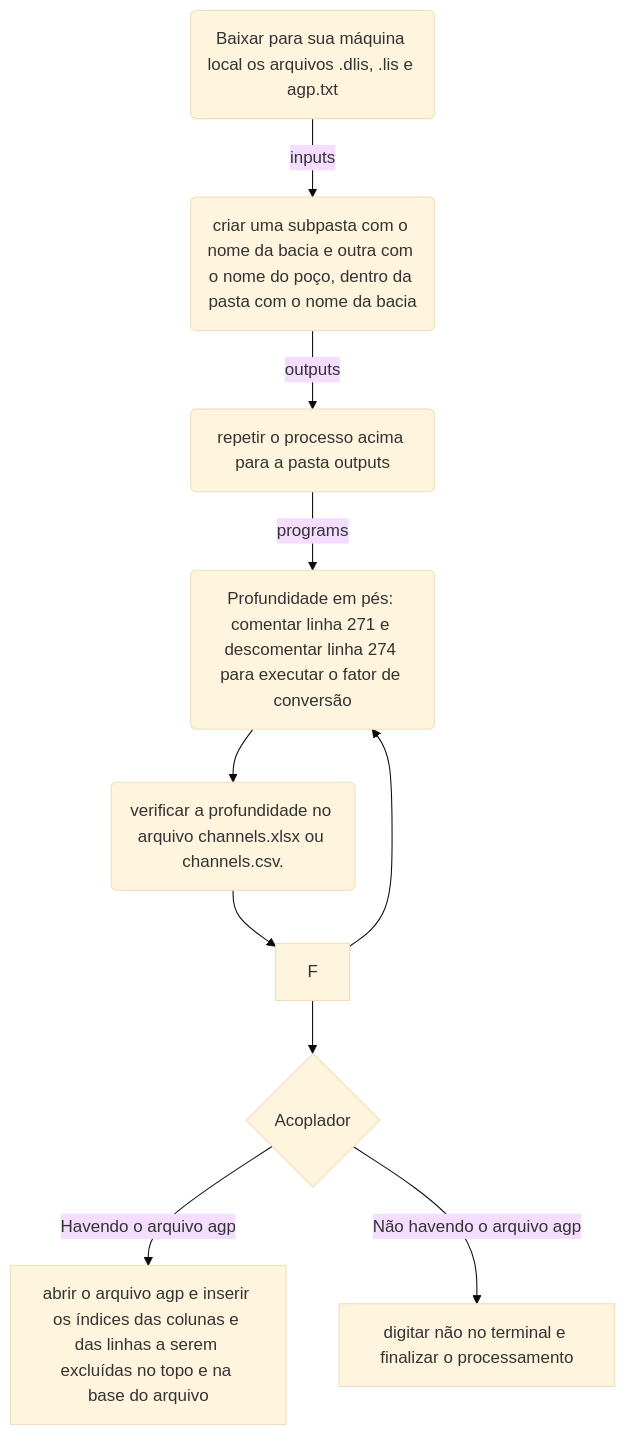
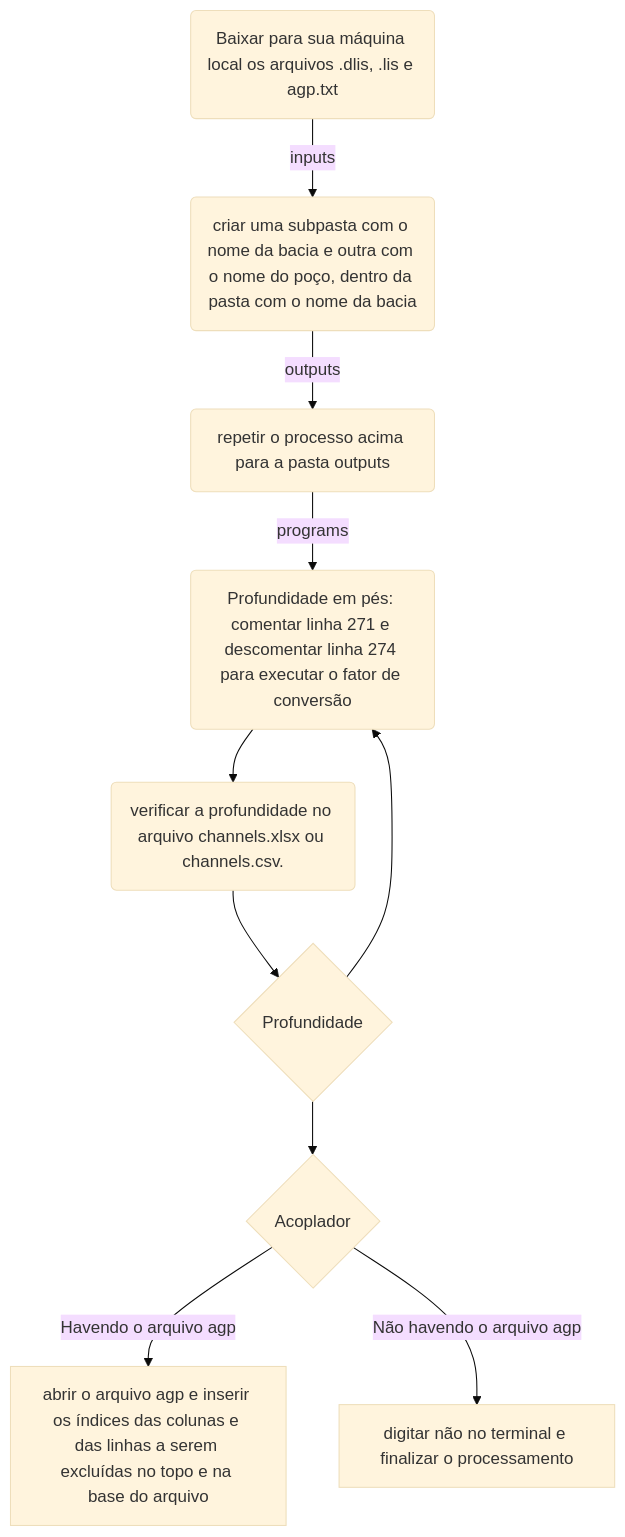
One commit to PR-4/Odisseia changed the diagram in README.md. Above: the diagram before and after it, drawn with Mermaid (base theme).

````diff
--- a/README.md
+++ b/README.md
@@ -18,17 +18,17 @@
 ```mermaid
 flowchart TD
 
 A(Baixar para sua máquina local os arquivos .dlis, .lis e agp.txt) -->|inputs| B(criar uma subpasta com o nome da bacia e outra com o nome do poço, dentro da pasta com o nome da bacia)
     B --> |outputs| C(repetir o processo acima para a pasta outputs)
     C --> |programs| D(executar no terminal o comando python odisseu.py)
     D -->  E(verificar a profundidade no arquivo channels.xlsx ou channels.csv. ) 
-    E --> F
+    E --> F{Profundidade}
     F --> D(Profundidade em pés: comentar linha 271 e descomentar linha 274 para executar o fator de conversão)
     F --> G(Profundiade em metros: alimentar a lista propriedades com as propriedades alvo)
 
                G{Acoplador}
    G --> |Havendo o arquivo agp| H[abrir o arquivo agp e inserir os índices das colunas e das linhas a serem excluídas no topo e na base do arquivo]   
    G --> |Não havendo o arquivo agp| I[digitar não no terminal e finalizar o processamento]
 
 
 ```
````
